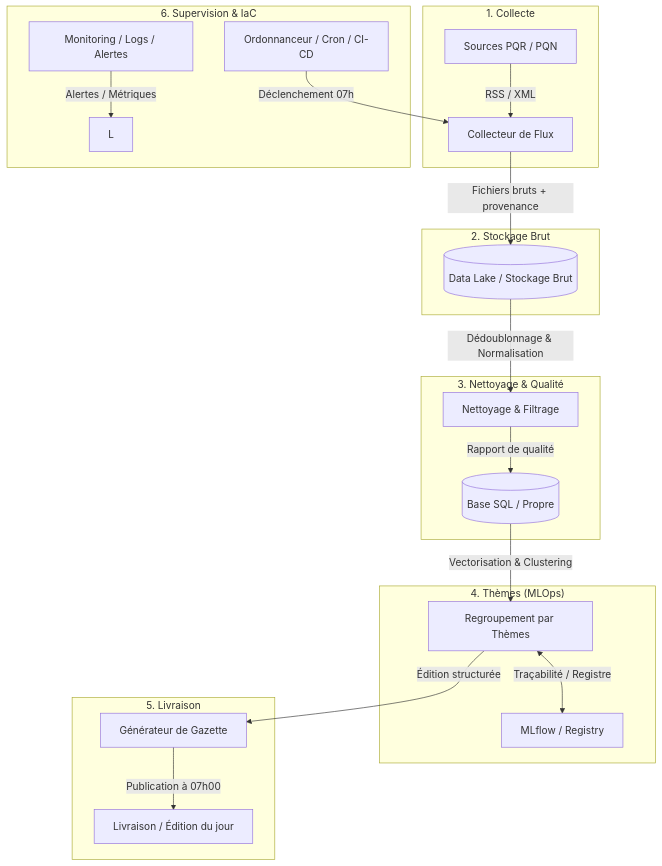
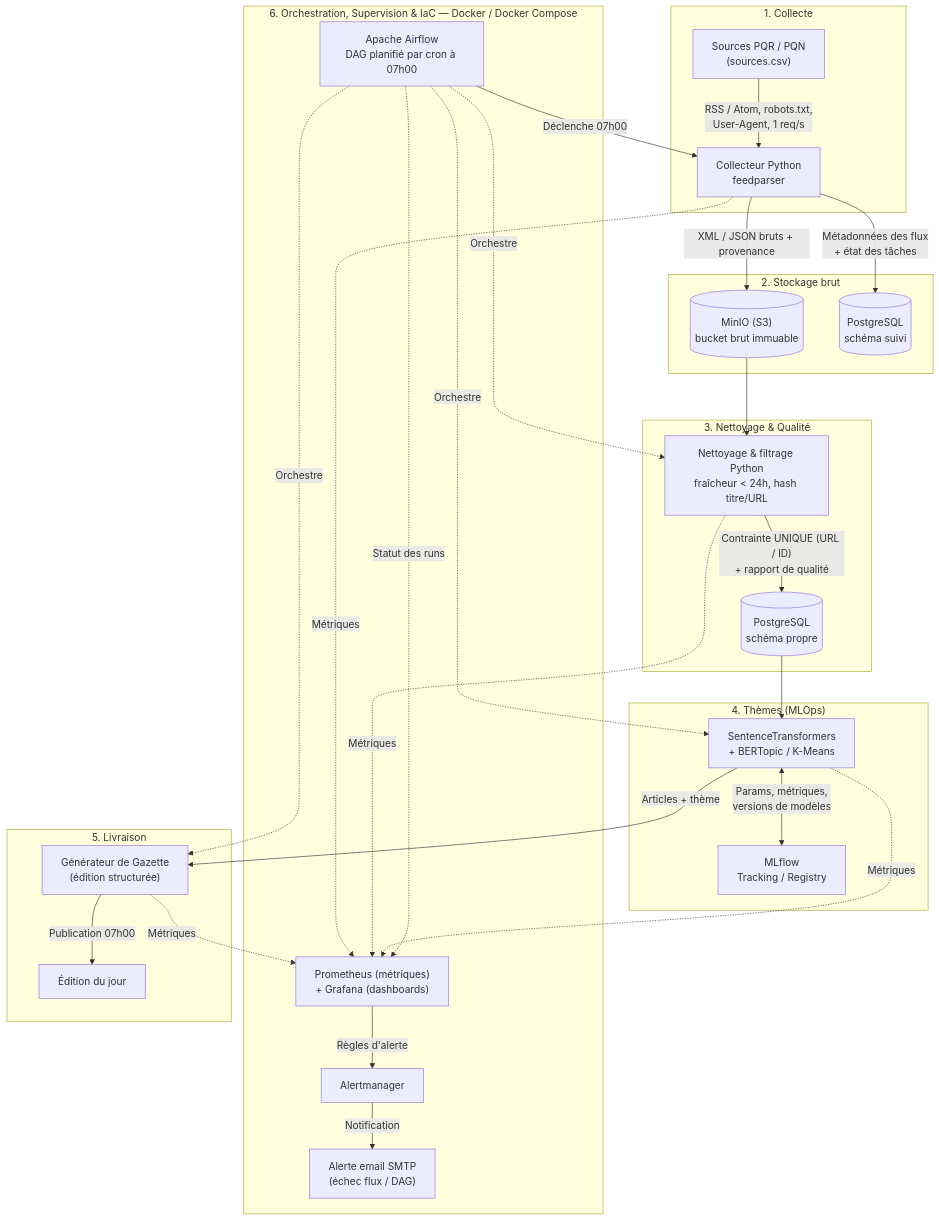
The diagram in docs/cadrage.md (cocoalice03/la_gazette_news), drawn with Mermaid before and after one commit. The commit also changed other lines of this file, not shown here.

Commit message:
Enhance project documentation: update architecture diagram

````diff
--- a/docs/cadrage.md
+++ b/docs/cadrage.md
@@ -63,30 +63,46 @@
 ```mermaid
 flowchart TD
-    subgraph S1 ["1. Collecte"]
-        A[Sources PQR / PQN] -->|RSS / XML| B[Collecteur de Flux]
+    subgraph S6 ["6. Orchestration, Supervision & IaC — Docker / Docker Compose"]
+        J["Apache Airflow<br/>DAG planifié par cron à 07h00"]
+        K["Prometheus (métriques)<br/>+ Grafana (dashboards)"]
+        M["Alertmanager"]
+        N["Alerte email SMTP<br/>(échec flux / DAG)"]
+        K -->|"Règles d'alerte"| M
+        M -->|Notification| N
     end
 
-    subgraph S2 ["2. Stockage Brut"]
-        B -->|Fichiers bruts + provenance| C[(Data Lake / Stockage Brut)]
+    subgraph S1 ["1. Collecte"]
+        A["Sources PQR / PQN<br/>(sources.csv)"] -->|"RSS / Atom, robots.txt,<br/>User-Agent, 1 req/s"| B["Collecteur Python<br/>feedparser"]
+    end
+
+    subgraph S2 ["2. Stockage brut"]
+        B -->|"XML / JSON bruts + provenance"| C[("MinIO (S3)<br/>bucket brut immuable")]
+        B -->|"Métadonnées des flux<br/>+ état des tâches"| P1[("PostgreSQL<br/>schéma suivi")]
     end
 
     subgraph S3 ["3. Nettoyage & Qualité"]
-        C -->|Dédoublonnage & Normalisation| D[Nettoyage & Filtrage]
-        D -->|Rapport de qualité| E[(Base SQL / Propre)]
+        C --> D["Nettoyage & filtrage Python<br/>fraîcheur < 24h, hash titre/URL"]
+        D -->|"Contrainte UNIQUE (URL / ID)<br/>+ rapport de qualité"| E[("PostgreSQL<br/>schéma propre")]
     end
 
     subgraph S4 ["4. Thèmes (MLOps)"]
-        E -->|Vectorisation & Clustering| F[Regroupement par Thèmes]
-        F <-->|Traçabilité / Registre| G[MLflow / Registry]
+        E --> F["SentenceTransformers<br/>+ BERTopic / K-Means"]
+        F <-->|"Params, métriques,<br/>versions de modèles"| G["MLflow<br/>Tracking / Registry"]
     end
 
     subgraph S5 ["5. Livraison"]
-        F -->|Édition structurée| H[Générateur de Gazette]
-        H -->|Publication à 07h00| I[Livraison / Édition du jour]
+        F -->|"Articles + thème"| H["Générateur de Gazette<br/>(édition structurée)"]
+        H -->|"Publication 07h00"| I["Édition du jour"]
     end
 
-    subgraph S6 ["6. Supervision & IaC"]
-        J[Ordonnanceur / Cron / CI-CD] -->|Déclenchement 07h| B
-        K[Monitoring / Logs / Alertes] -->|Alertes / Métriques| L
-    end
+    J -->|"Déclenche 07h00"| B
+    J -.->|"Orchestre"| D
+    J -.->|"Orchestre"| F
+    J -.->|"Orchestre"| H
+
+    B -.->|"Métriques"| K
+    D -.->|"Métriques"| K
+    F -.->|"Métriques"| K
+    H -.->|"Métriques"| K
+    J -.->|"Statut des runs"| K
 ```
````
